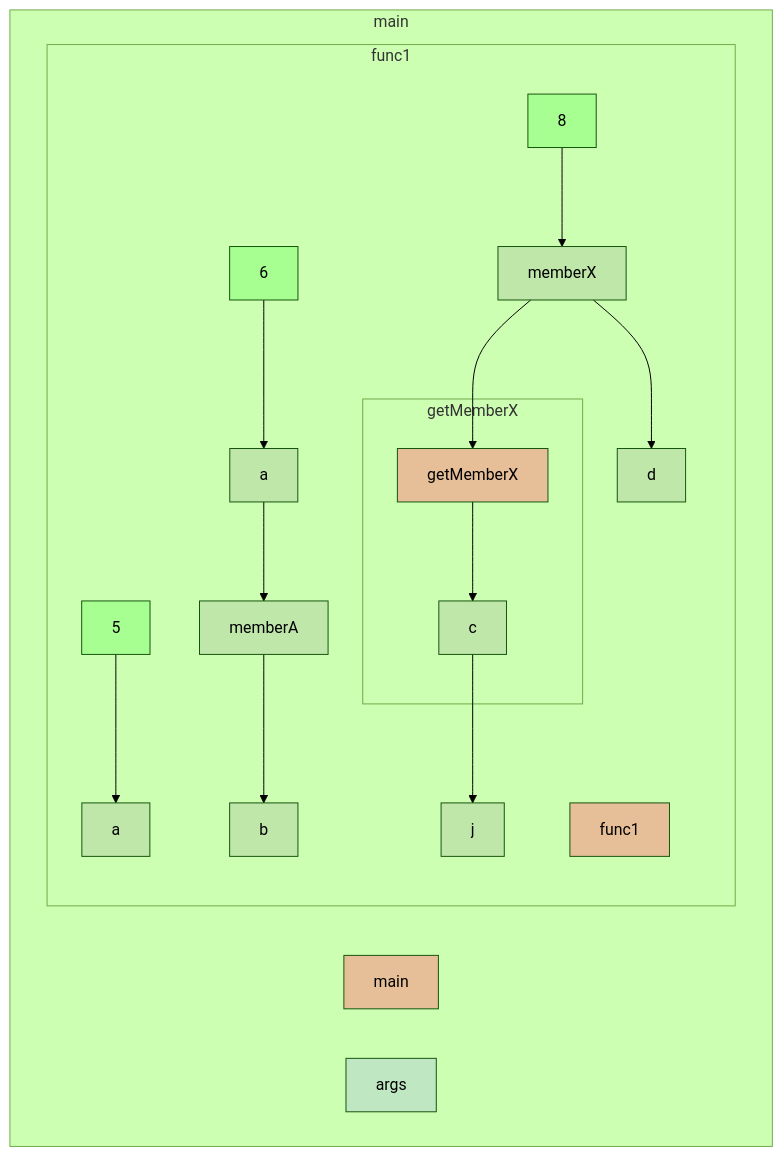
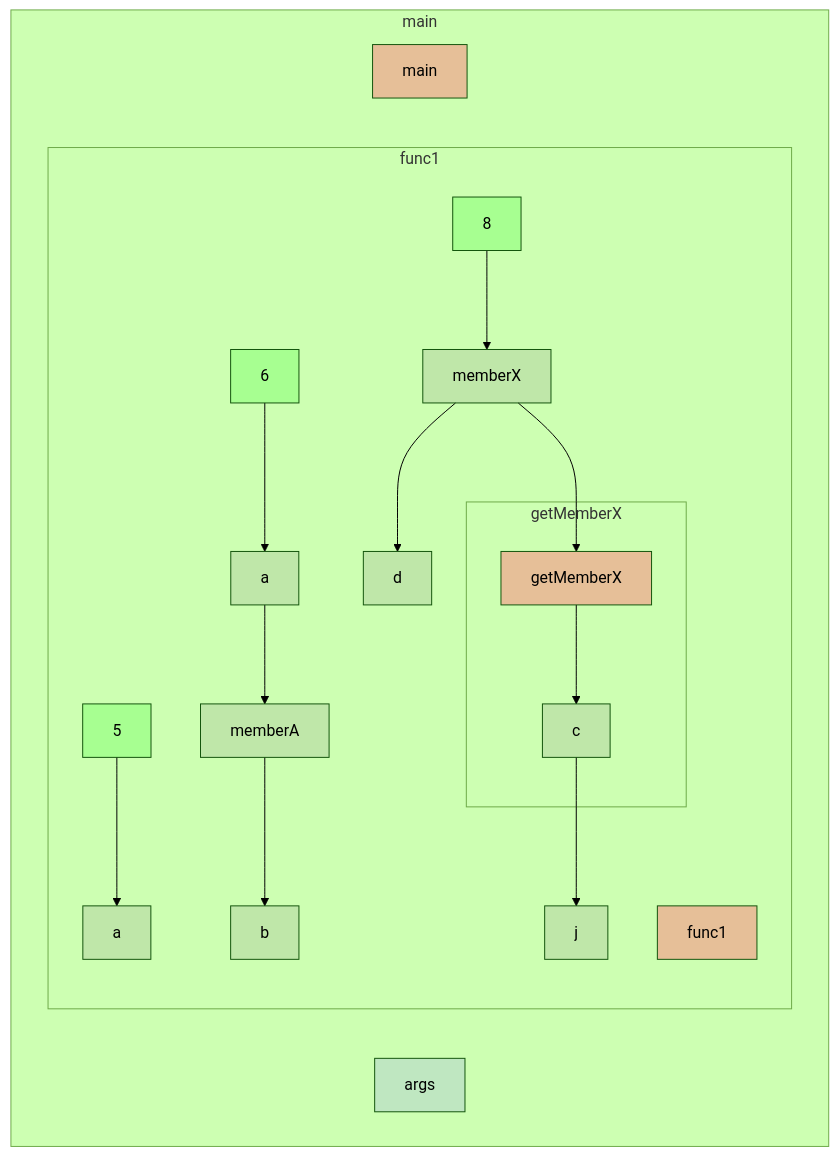
The diagram in app/src/test/resources/member/truth.md (gstiebler/codeflow), drawn with Mermaid (forest theme) before and after one commit. The commit also changed 6 other files, not shown here.

````diff
--- a/app/src/test/resources/member/truth.md
+++ b/app/src/test/resources/member/truth.md
@@ -1,37 +1,37 @@
 ```mermaid
 flowchart TD
-  subgraph 4308940["main"]
+  subgraph 4309014["main"]
     56996632[main]:::RETURN
-    1296565521[args]:::FUNC_PARAM
-    subgraph 4321927["func1"]
+    1296586907[args]:::FUNC_PARAM
+    subgraph 1148283940["func1"]
       495511592[5]:::LITERAL
       495515519[a]:::VARIABLE
       495515944[6]:::LITERAL
       495525940[b]:::VARIABLE
       495555860[8]:::LITERAL
       495575954[c]:::VARIABLE
       495593600[d]:::VARIABLE
       495601794[j]:::VARIABLE
-      1662745119[func1]:::RETURN
+      2157982273[func1]:::RETURN
       16626506068[memberA]:::VARIABLE
       16626539116[memberX]:::VARIABLE
       495511592[5]:::LITERAL --> 495510028[a]:::VARIABLE
       495515519[a]:::VARIABLE --> 16626506068[memberA]:::VARIABLE
       495515944[6]:::LITERAL --> 495515519[a]:::VARIABLE
       495555860[8]:::LITERAL --> 16626539116[memberX]:::VARIABLE
       495575954[c]:::VARIABLE --> 495601794[j]:::VARIABLE
       16626506068[memberA]:::VARIABLE --> 495525940[b]:::VARIABLE
-      16626539116[memberX]:::VARIABLE --> 34253190991[getMemberX]:::RETURN
+      16626539116[memberX]:::VARIABLE --> 34253193844[getMemberX]:::RETURN
       16626539116[memberX]:::VARIABLE --> 495593600[d]:::VARIABLE
-      subgraph 4332694["getMemberX"]
-        34253190991[getMemberX]:::RETURN
-        34253190991[getMemberX]:::RETURN --> 495575954[c]:::VARIABLE
+      subgraph 1148389501["getMemberX"]
+        34253193844[getMemberX]:::RETURN
+        34253193844[getMemberX]:::RETURN --> 495575954[c]:::VARIABLE
       end
     end
   end
   classDef LITERAL fill:#00FF0030
   classDef VARIABLE fill:#80808030
   classDef BIN_OP fill:#80808080
   classDef FUNC_PARAM fill:#8080FF30
   classDef RETURN fill:#FF808080
 ```
````
